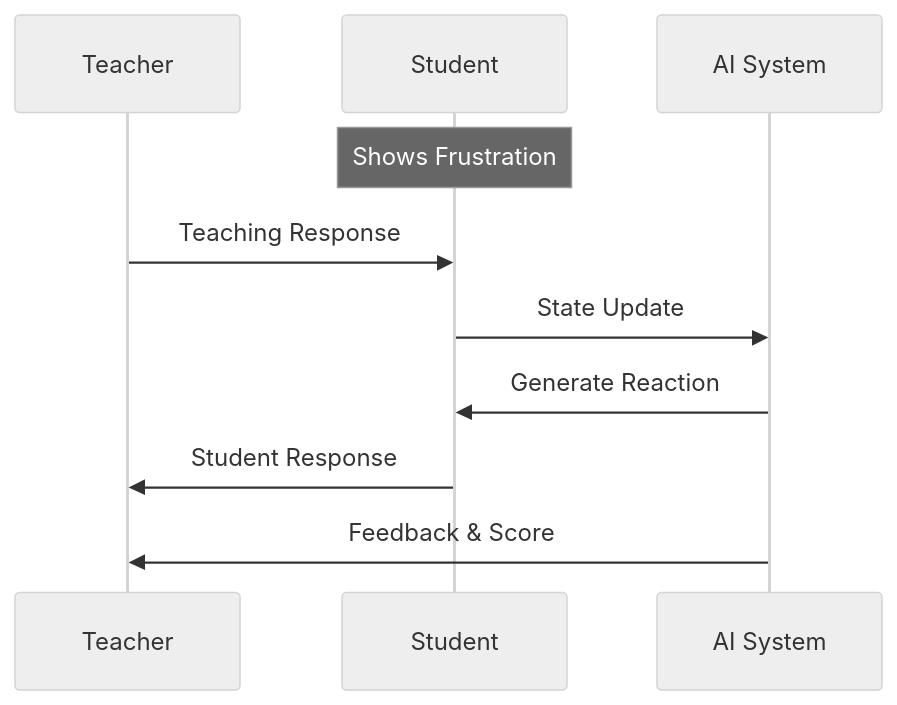
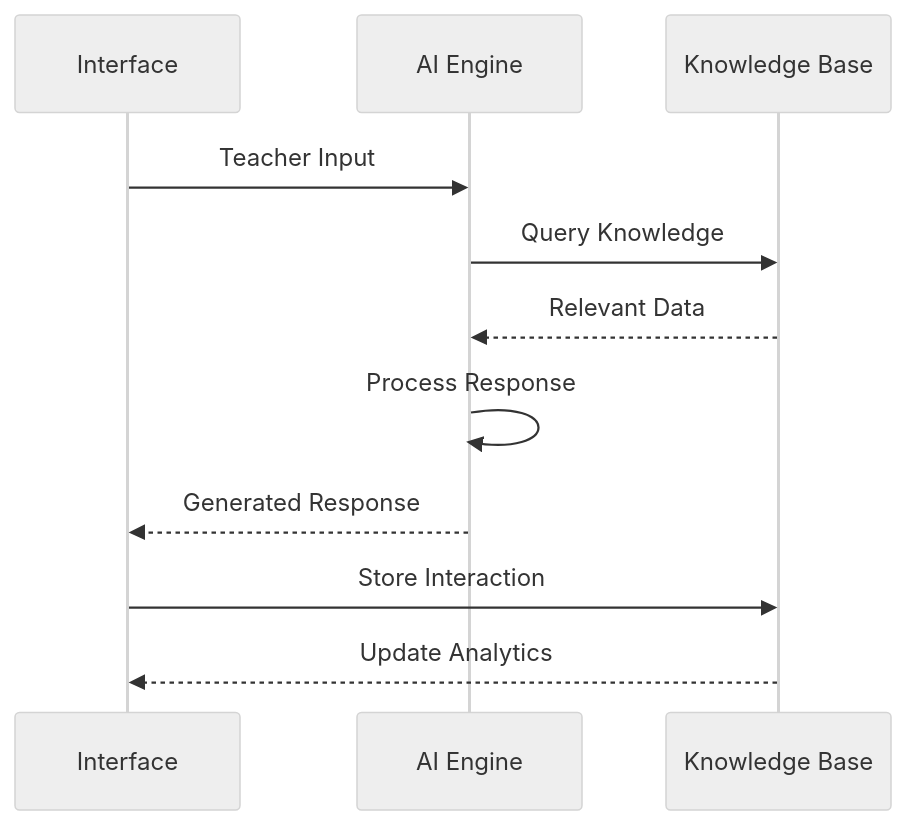
One commit to UVU-AI-Innovate/teacher-training-chatbot changed the second of 2 diagrams in README.md. Above: the diagram before and after it, drawn with Mermaid (neutral theme). The commit also changed other lines of this file and 1 other file, not shown here.

````diff
--- a/README.md
+++ b/README.md
@@ -157,13 +89,14 @@
 ```mermaid
 sequenceDiagram
-    participant T as Teacher
-    participant S as Student
-    participant A as AI System
+    participant UI as Interface
+    participant Engine as AI Engine
+    participant KB as Knowledge Base
     
-    Note over S: Shows Frustration
-    T->>S: Teaching Response
-    S->>A: State Update
-    A->>S: Generate Reaction
-    S->>T: Student Response
-    A->>T: Feedback & Score
+    UI->>Engine: Teacher Input
+    Engine->>KB: Query Knowledge
+    KB-->>Engine: Relevant Data
+    Engine->>Engine: Process Response
+    Engine-->>UI: Generated Response
+    UI->>KB: Store Interaction
+    KB-->>UI: Update Analytics
 ```
````
